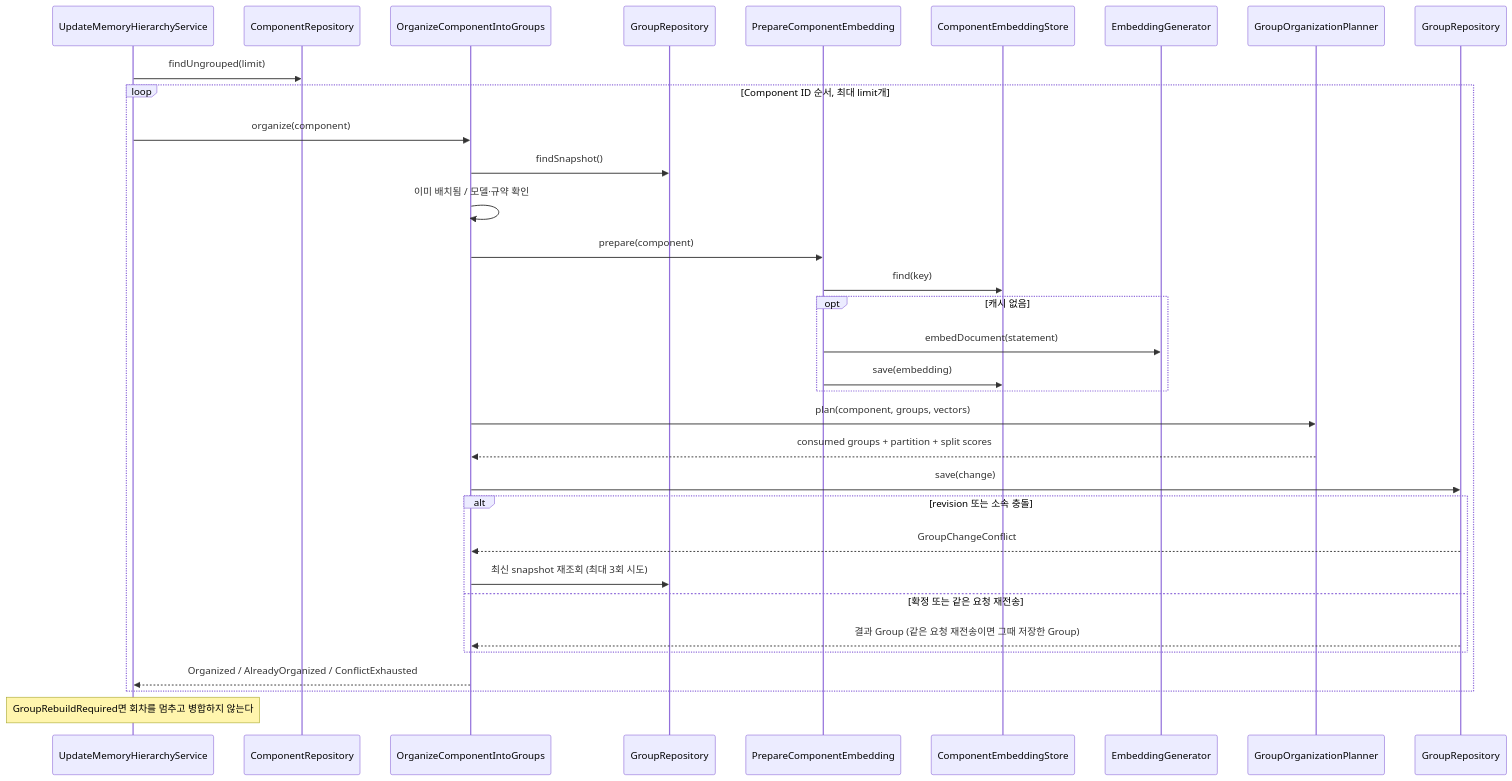
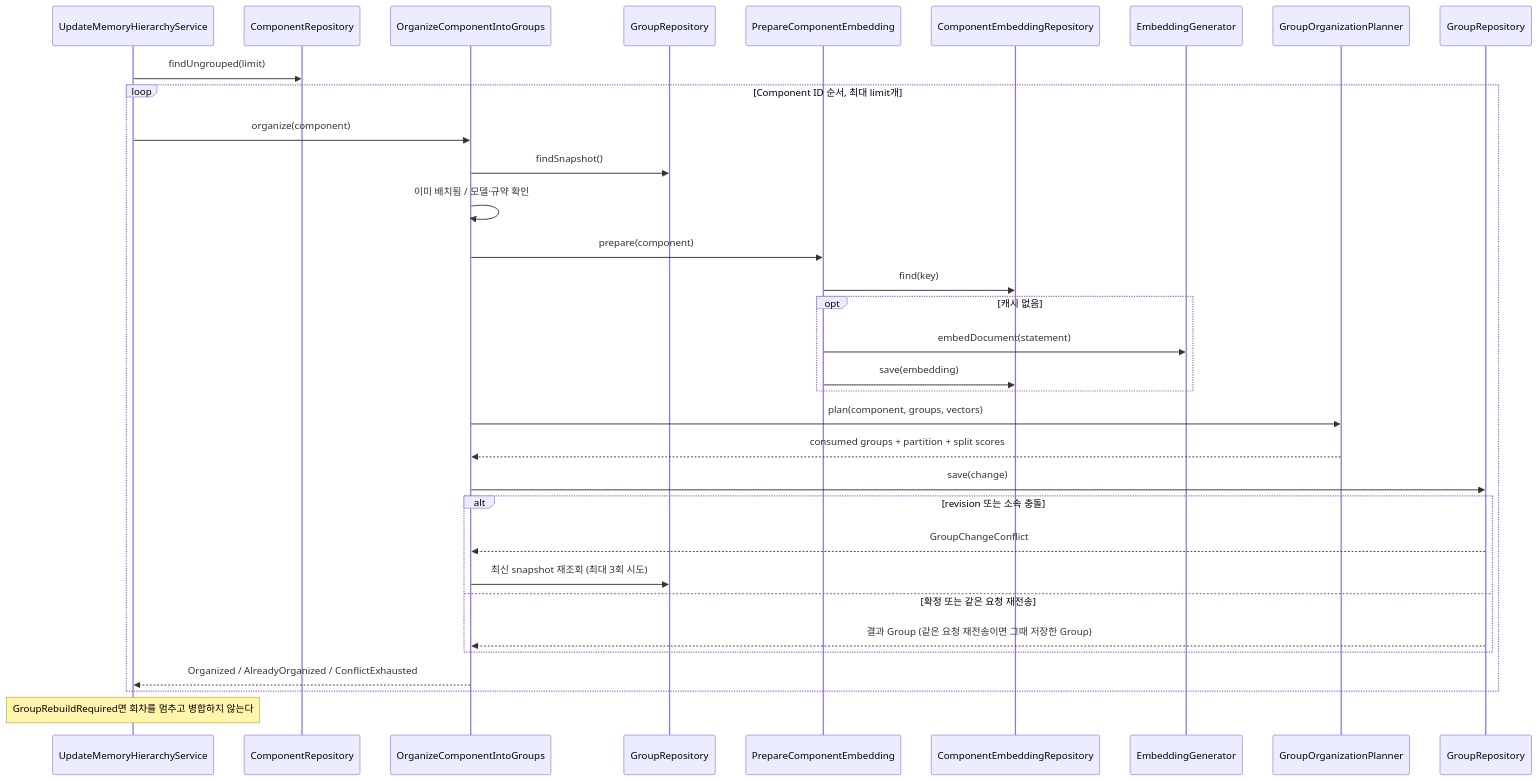
Before and after one commit to magenta1223/home_assistant: the diagram in application/src/main/kotlin/com/homeassistant/application/usecase/memoryextraction/group/README.md, drawn with Mermaid. The commit also changed 17 other files, not shown here.

````diff
--- a/application/src/main/kotlin/com/homeassistant/application/usecase/memoryextraction/group/README.md
+++ b/application/src/main/kotlin/com/homeassistant/application/usecase/memoryextraction/group/README.md
@@ -14,35 +14,35 @@
 ```mermaid
 sequenceDiagram
     participant Update as UpdateMemoryHierarchyService
     participant Components as ComponentRepository
     participant One as OrganizeComponentIntoGroups
     participant Snapshots as GroupRepository
     participant Embedding as PrepareComponentEmbedding
-    participant Cache as ComponentEmbeddingStore
+    participant Cache as ComponentEmbeddingRepository
     participant Generator as EmbeddingGenerator
     participant Policy as GroupOrganizationPlanner
     participant Writer as GroupRepository
     Update->>Components: findUngrouped(limit)
     loop Component ID 순서, 최대 limit개
         Update->>One: organize(component)
         One->>Snapshots: findSnapshot()
         One->>One: 이미 배치됨 / 모델·규약 확인
         One->>Embedding: prepare(component)
         Embedding->>Cache: find(key)
         opt 캐시 없음
             Embedding->>Generator: embedDocument(statement)
             Embedding->>Cache: save(embedding)
         end
         One->>Policy: plan(component, groups, vectors)
         Policy-->>One: consumed groups + partition + split scores
         One->>Writer: save(change)
         alt revision 또는 소속 충돌
             Writer-->>One: GroupChangeConflict
             One->>Snapshots: 최신 snapshot 재조회 (최대 3회 시도)
         else 확정 또는 같은 요청 재전송
             Writer-->>One: 결과 Group (같은 요청 재전송이면 그때 저장한 Group)
         end
         One-->>Update: Organized / AlreadyOrganized / ConflictExhausted
     end
     Note over Update: GroupRebuildRequired면 회차를 멈추고 병합하지 않는다
 ```
````
